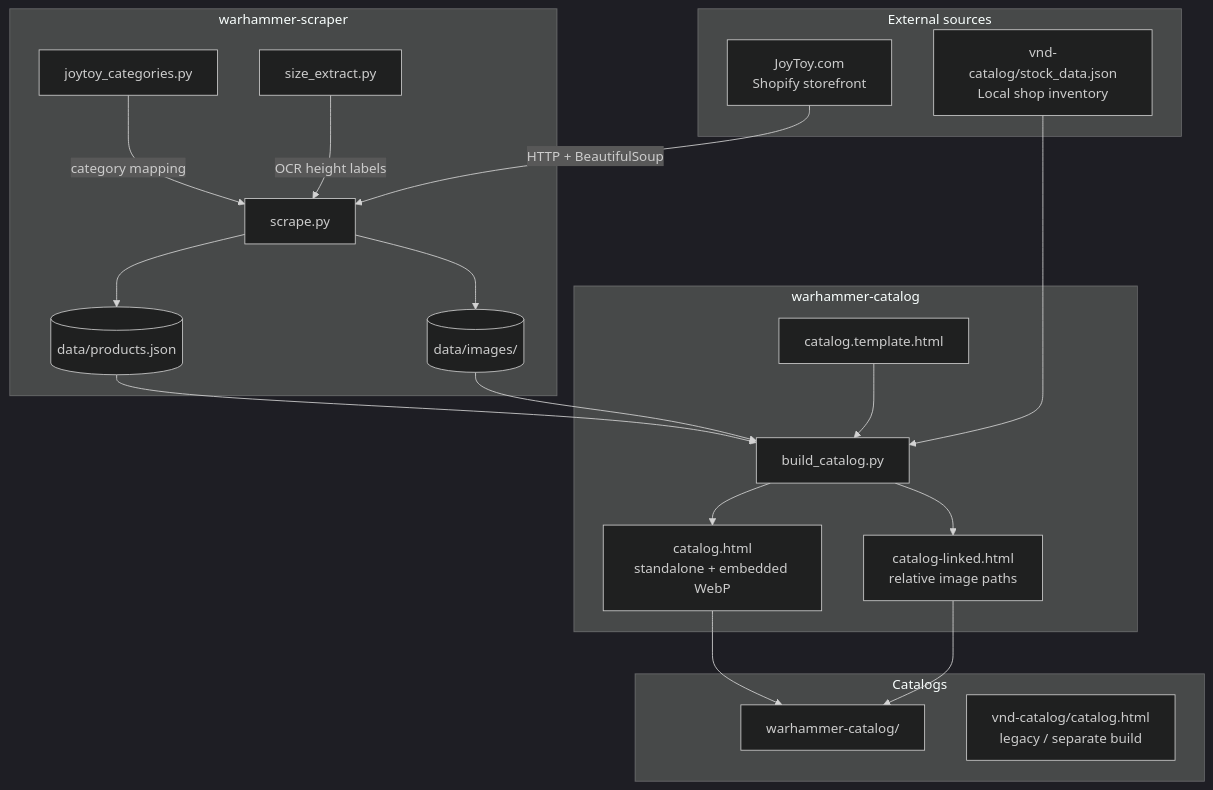
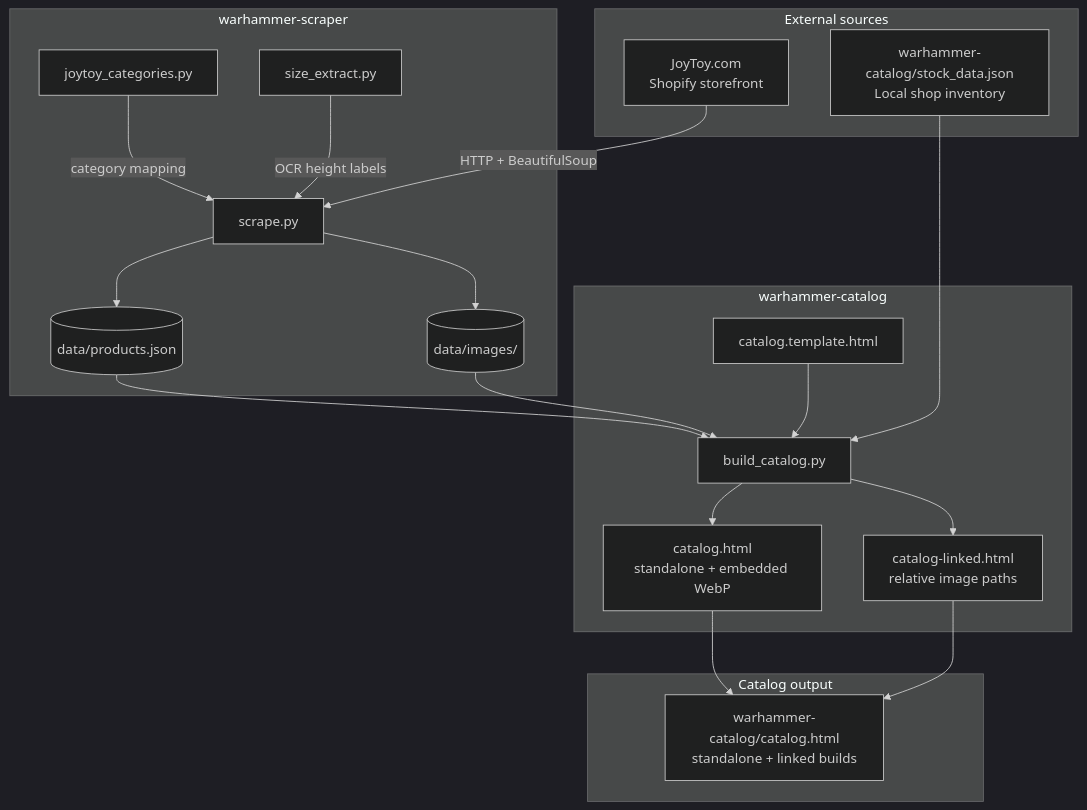
The diagram in README.md (quocanh1897/joytoy), drawn with Mermaid (dark theme) before and after one commit. The commit also changed other lines of this file and 8 other files, not shown here.

First line of the commit message:
Fix stock-to-catalog matching and consolidate inventory under warhammer-catalog.

````diff
--- a/README.md
+++ b/README.md
@@ -9,42 +9,41 @@
 ```mermaid
 flowchart TB
     subgraph sources["External sources"]
         JT[JoyToy.com<br/>Shopify storefront]
-        VND[vnd-catalog/stock_data.json<br/>Local shop inventory]
+        VND[warhammer-catalog/stock_data.json<br/>Local shop inventory]
     end
 
     subgraph scraper["warhammer-scraper"]
         SP[scrape.py]
         JC[joytoy_categories.py]
         SE[size_extract.py]
         PJ[(data/products.json)]
         IMG[(data/images/)]
     end
 
     subgraph builder["warhammer-catalog"]
         BC[build_catalog.py]
         TPL[catalog.template.html]
         CH1[catalog.html<br/>standalone + embedded WebP]
         CH2[catalog-linked.html<br/>relative image paths]
     end
 
-    subgraph output["Catalogs"]
-        WH[warhammer-catalog/]
-        VN[vnd-catalog/catalog.html<br/>legacy / separate build]
+    subgraph output["Catalog output"]
+        WH[warhammer-catalog/catalog.html<br/>standalone + linked builds]
     end
 
     JT -->|HTTP + BeautifulSoup| SP
     SP --> PJ
     SP --> IMG
     JC -->|category mapping| SP
     SE -->|OCR height labels| SP
 
     PJ --> BC
     IMG --> BC
     VND --> BC
     TPL --> BC
     BC --> CH1
     BC --> CH2
     CH1 --> WH
     CH2 --> WH
 ```
````
